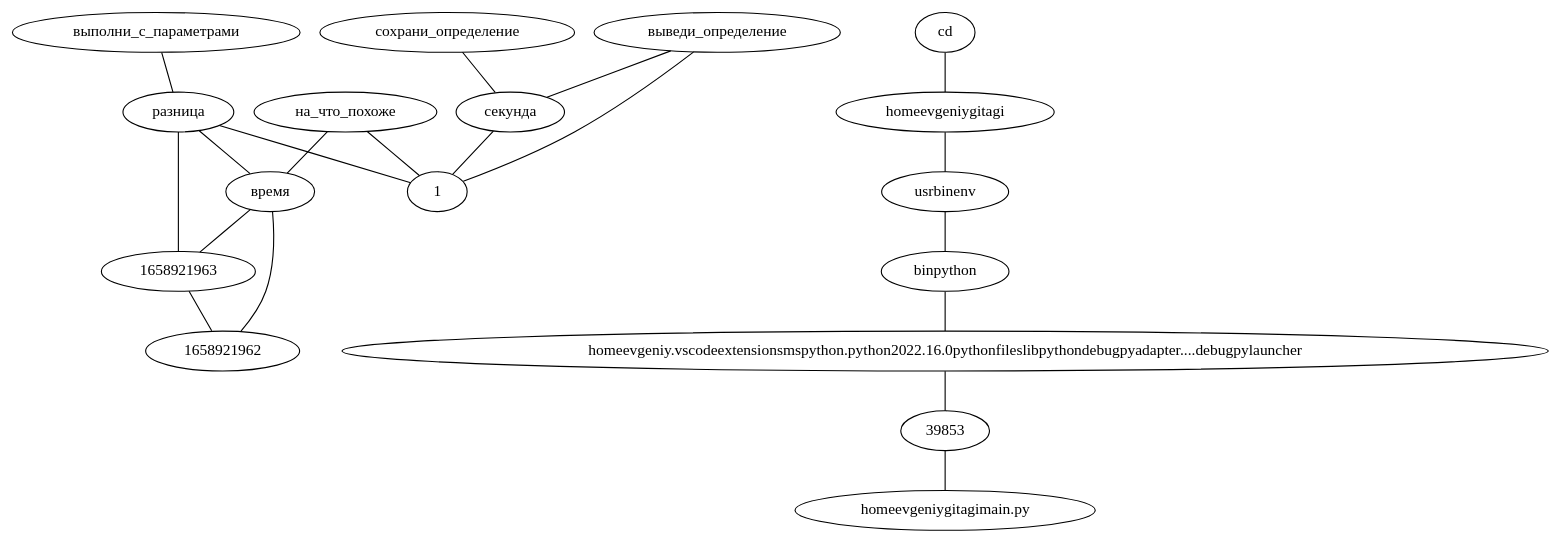
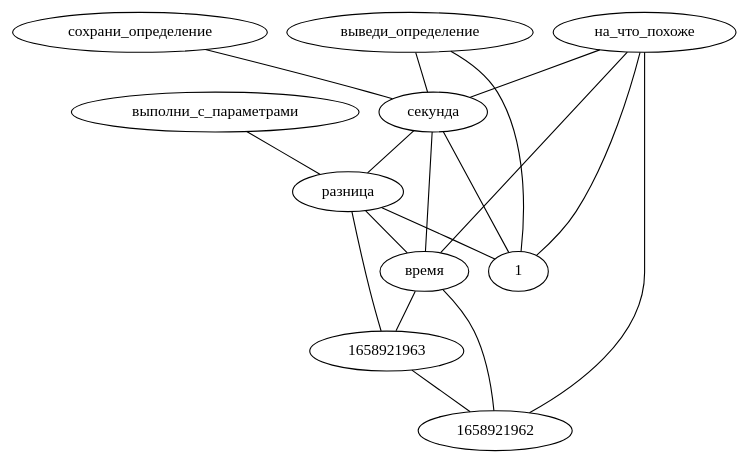
The diagram in graphs/local_graph.dot (LeonovEvgenii/AGI), drawn with Graphviz before and after one commit. The commit also changed 5 other files, not shown here.

```diff
--- a/graphs/local_graph.dot
+++ b/graphs/local_graph.dot
@@ -1,21 +1,19 @@
 strict graph G {
 "время" -- "1658921962"
 "время" -- "1658921963"
 "выполни_с_параметрами" -- "разница"
 "разница" -- "1658921963"
 "1658921963" -- "1658921962"
 "разница" -- "1"
 "сохрани_определение" -- "секунда"
 "секунда" -- "1"
 "разница" -- "время"
+"секунда" -- "разница"
+"секунда" -- "время"
 "выведи_определение" -- "секунда"
 "выведи_определение" -- "1"
 "на_что_похоже" -- "1"
+"на_что_похоже" -- "секунда"
+"на_что_похоже" -- "1658921962"
 "на_что_похоже" -- "время"
-"cd" -- "homeevgeniygitagi"
-"homeevgeniygitagi" -- "usrbinenv"
-"usrbinenv" -- "binpython"
-"binpython" -- "homeevgeniy.vscodeextensionsmspython.python2022.16.0pythonfileslibpythondebugpyadapter....debugpylauncher"
-"homeevgeniy.vscodeextensionsmspython.python2022.16.0pythonfileslibpythondebugpyadapter....debugpylauncher" -- "39853"
-"39853" -- "homeevgeniygitagimain.py"
 }
```
